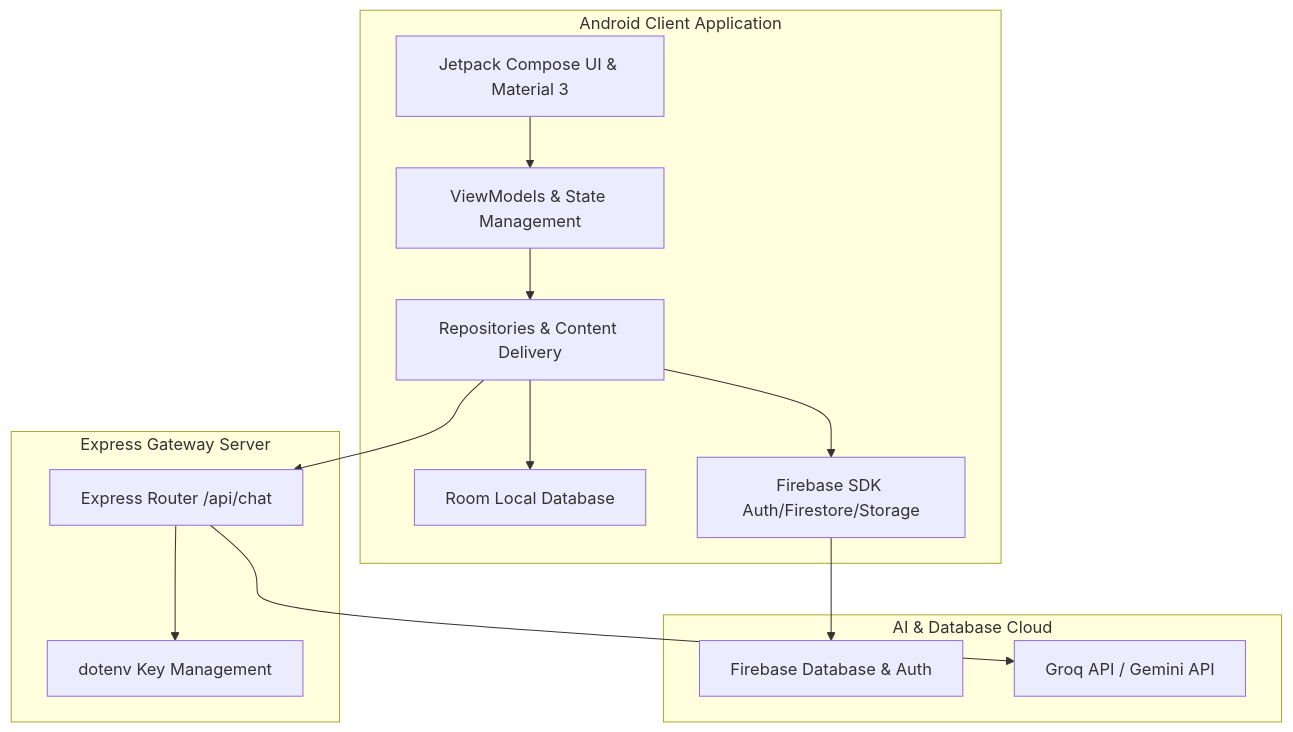
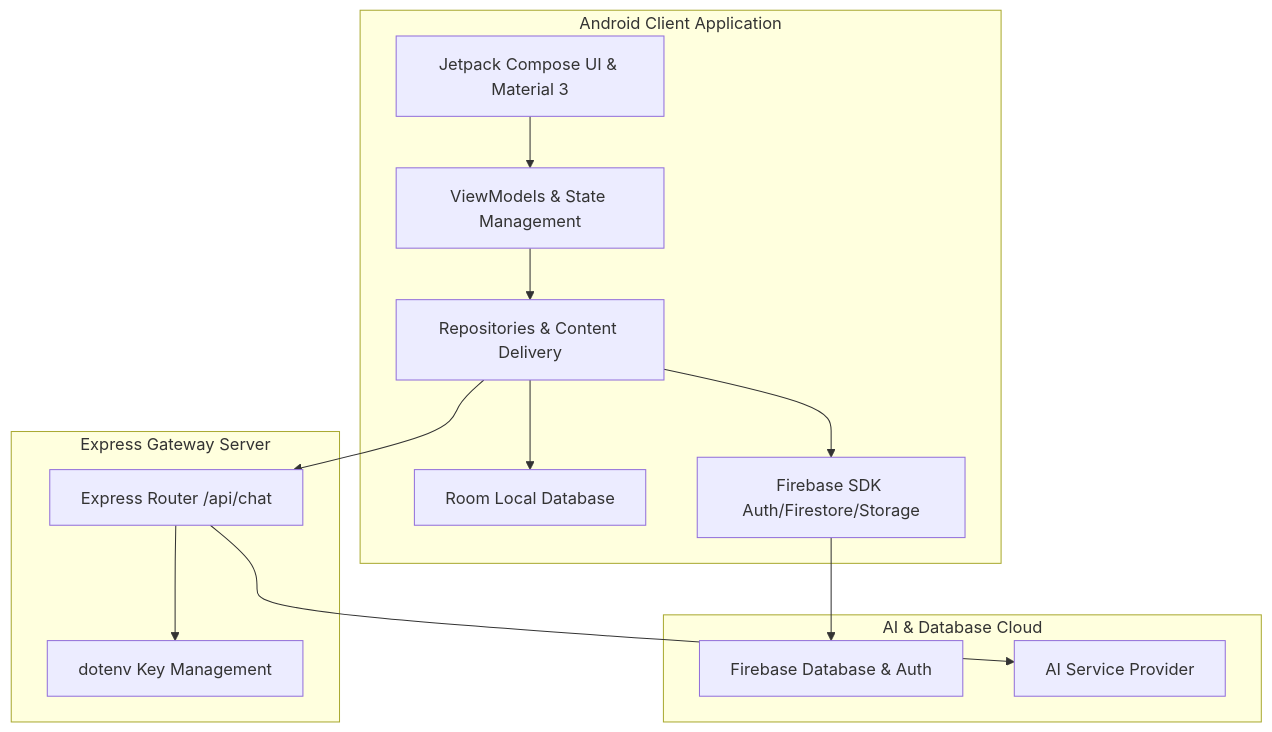
The diagram in README.md (Manikumarreddy4/Nyaya-LegalAI), drawn with Mermaid before and after one commit. The commit also changed other lines of this file and 12 other files, not shown here.

````diff
--- a/README.md
+++ b/README.md
@@ -31,29 +31,29 @@
 ```mermaid
 graph TD
     subgraph Android_App [Android Client Application]
         UI[Jetpack Compose UI & Material 3]
         VM[ViewModels & State Management]
         Repo[Repositories & Content Delivery]
         Room[Room Local Database]
         FB_SDK[Firebase SDK Auth/Firestore/Storage]
     end
 
     subgraph Web_Backend [Express Gateway Server]
         API[Express Router /api/chat]
         Env[dotenv Key Management]
     end
 
     subgraph External_Services [AI & Database Cloud]
         Firebase[Firebase Database & Auth]
-        Groq[Groq API / Gemini API]
+        AIService[AI Service Provider]
     end
 
     UI --> VM
     VM --> Repo
     Repo --> Room
     Repo --> FB_SDK
     Repo --> API
     FB_SDK --> Firebase
     API --> Env
-    API --> Groq
+    API --> AIService
 ```
````
